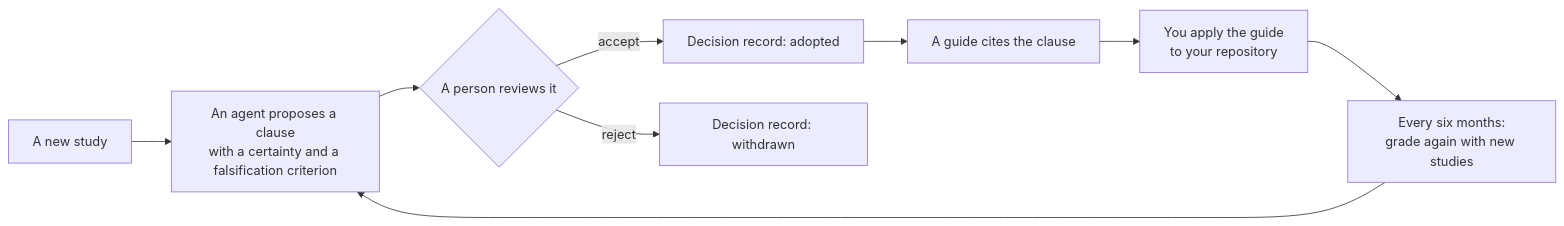
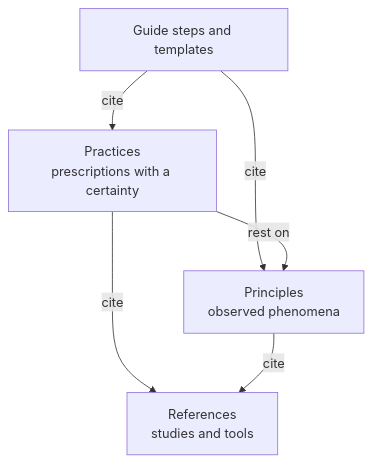
Before and after one commit to dalsoop/stable-agent-documentation-guidebook: the second of 2 diagrams in README.md, drawn with Mermaid. The commit also changed other lines of this file and 8 other files, not shown here.

````diff
--- a/README.md
+++ b/README.md
@@ -20,11 +28,8 @@
 ```mermaid
-flowchart LR
-  S["A new study"] --> C["An agent proposes a clause<br/>with a certainty and a falsification criterion"]
-  C --> H{"A person reviews it"}
-  H -->|accept| A["Decision record: adopted"]
-  H -->|reject| W["Decision record: withdrawn"]
-  A --> G["A guide cites the clause"]
-  G --> U["You apply the guide<br/>to your repository"]
-  U --> T["Every six months:<br/>grade again with new studies"]
-  T --> C
+flowchart TB
+  G["Guide steps and templates"] -->|cite| R["Practices<br/>prescriptions with a certainty"]
+  G -->|cite| P["Principles<br/>observed phenomena"]
+  R -->|rest on| P
+  R -->|cite| REF["References<br/>studies and tools"]
+  P -->|cite| REF
 ```
````
